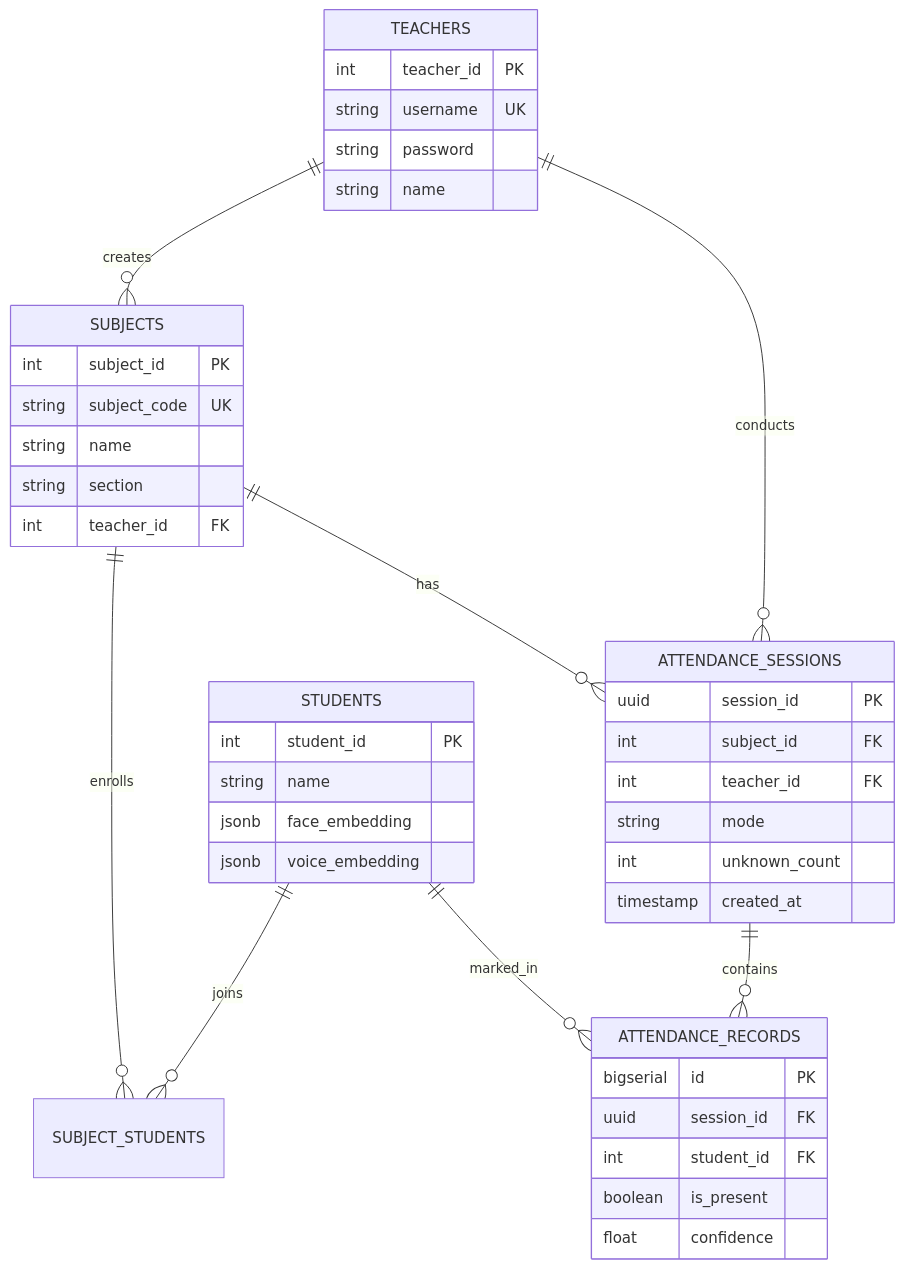
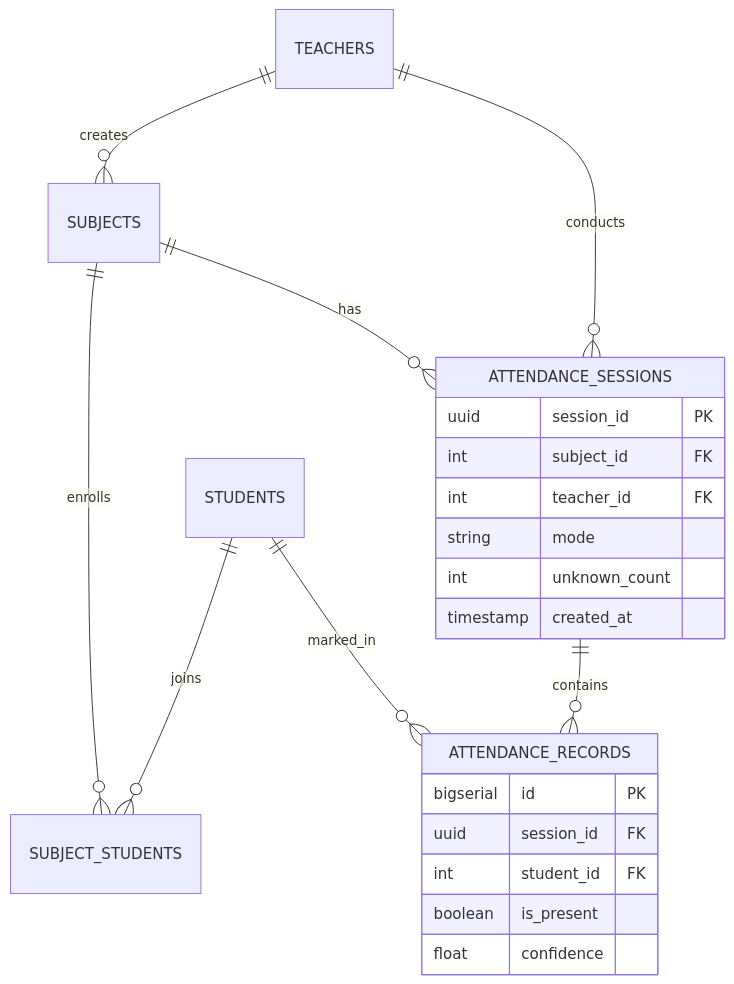
Before and after one commit to Ritikgupta-tech/snapclass-ai: the diagram in docs/DATABASE_MIGRATION_PLAN.md, drawn with Mermaid. The commit also changed other lines of this file and 10 other files, not shown here.

````diff
--- a/docs/DATABASE_MIGRATION_PLAN.md
+++ b/docs/DATABASE_MIGRATION_PLAN.md
@@ -95,45 +113,26 @@
 ```mermaid
 erDiagram
     TEACHERS ||--o{ SUBJECTS : creates
     TEACHERS ||--o{ ATTENDANCE_SESSIONS : conducts
     SUBJECTS ||--o{ SUBJECT_STUDENTS : enrolls
     STUDENTS ||--o{ SUBJECT_STUDENTS : joins
     SUBJECTS ||--o{ ATTENDANCE_SESSIONS : has
     ATTENDANCE_SESSIONS ||--o{ ATTENDANCE_RECORDS : contains
     STUDENTS ||--o{ ATTENDANCE_RECORDS : marked_in
 
-    TEACHERS {
-        int teacher_id PK
-        string username UK
-        string password
-        string name
-    }
-    STUDENTS {
-        int student_id PK
-        string name
-        jsonb face_embedding
-        jsonb voice_embedding
-    }
-    SUBJECTS {
-        int subject_id PK
-        string subject_code UK
-        string name
-        string section
-        int teacher_id FK
-    }
     ATTENDANCE_SESSIONS {
         uuid session_id PK
         int subject_id FK
         int teacher_id FK
         string mode
         int unknown_count
         timestamp created_at
     }
     ATTENDANCE_RECORDS {
         bigserial id PK
         uuid session_id FK
         int student_id FK
         boolean is_present
         float confidence
     }
 ```
````
